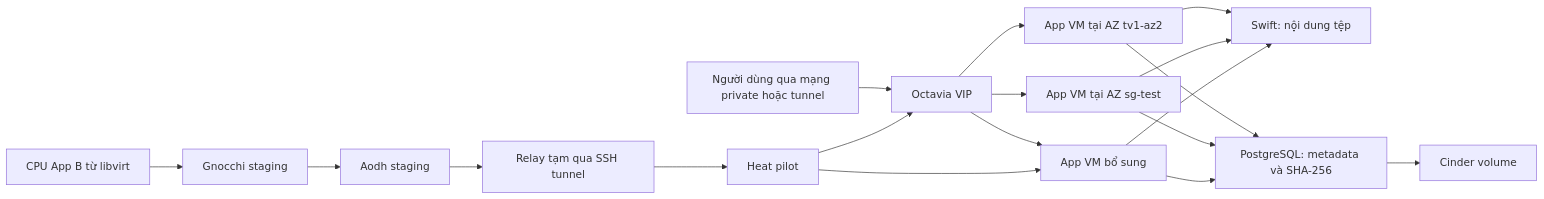
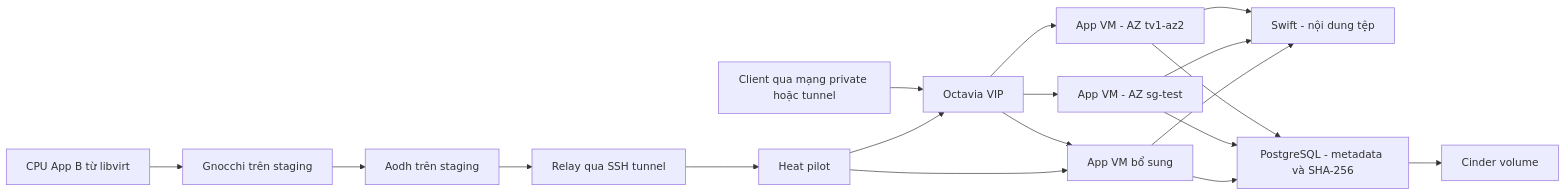
Before and after one commit to vuchianhtuan/BTLDienToanDamMay: the diagram in README.md, drawn with Mermaid. The commit also changed other lines of this file, not shown here.

Commit message:
Describe project architecture, source layout and setup in README

````diff
--- a/README.md
+++ b/README.md
@@ -19,20 +59,20 @@
 ```mermaid
 flowchart LR
-    U[Người dùng qua mạng private hoặc tunnel] --> LB[Octavia VIP]
-    LB --> A[App VM tại AZ tv1-az2]
-    LB --> B[App VM tại AZ sg-test]
+    U[Client qua mạng private hoặc tunnel] --> LB[Octavia VIP]
+    LB --> A[App VM - AZ tv1-az2]
+    LB --> B[App VM - AZ sg-test]
     LB --> C[App VM bổ sung]
-    A --> S[Swift: nội dung tệp]
+    A --> S[Swift - nội dung tệp]
     B --> S
     C --> S
-    A --> DB[PostgreSQL: metadata và SHA-256]
+    A --> DB[PostgreSQL - metadata và SHA-256]
     B --> DB
     C --> DB
     DB --> V[Cinder volume]
-    CPU[CPU App B từ libvirt] --> G[Gnocchi staging]
-    G --> AD[Aodh staging]
-    AD --> R[Relay tạm qua SSH tunnel]
+    CPU[CPU App B từ libvirt] --> G[Gnocchi trên staging]
+    G --> AD[Aodh trên staging]
+    AD --> R[Relay qua SSH tunnel]
     R --> H[Heat pilot]
     H --> C
     H --> LB
 ```
````
